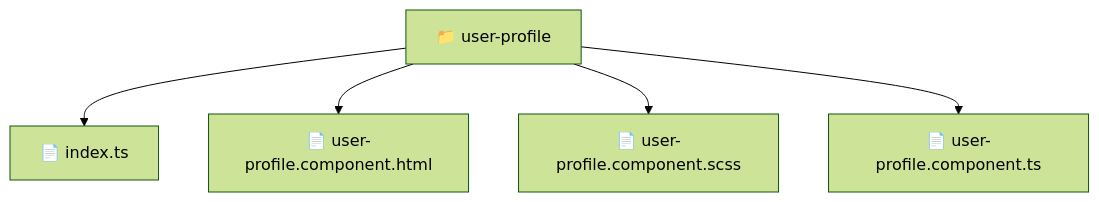
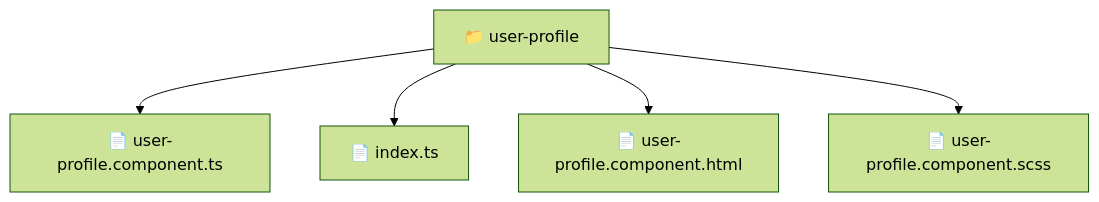
The diagram in frontend/src/pages/user-profile/README.md (beginwebdev2002/fullstack-mavluda), drawn with Mermaid (forest theme) before and after one commit. The commit also changed other lines of this file and 164 other files, not shown here.

First line of the commit message:
docs: generate robust autonomous architectural documentation

````diff
--- a/frontend/src/pages/user-profile/README.md
+++ b/frontend/src/pages/user-profile/README.md
@@ -11,8 +11,8 @@
 ```mermaid
 graph TD
-  Root["📁 user-profile"]
-  Root --> index_ts["📄 index.ts"]
-  Root --> user_profile_component_html["📄 user-profile.component.html"]
-  Root --> user_profile_component_scss["📄 user-profile.component.scss"]
-  Root --> user_profile_component_ts["📄 user-profile.component.ts"]
+    f_user_profile["📁 user-profile"]
+    f_user_profile --> f_user_profile_component_ts["📄 user-profile.component.ts"]
+    f_user_profile --> f_index_ts["📄 index.ts"]
+    f_user_profile --> f_user_profile_component_html["📄 user-profile.component.html"]
+    f_user_profile --> f_user_profile_component_scss["📄 user-profile.component.scss"]
 ```
````
